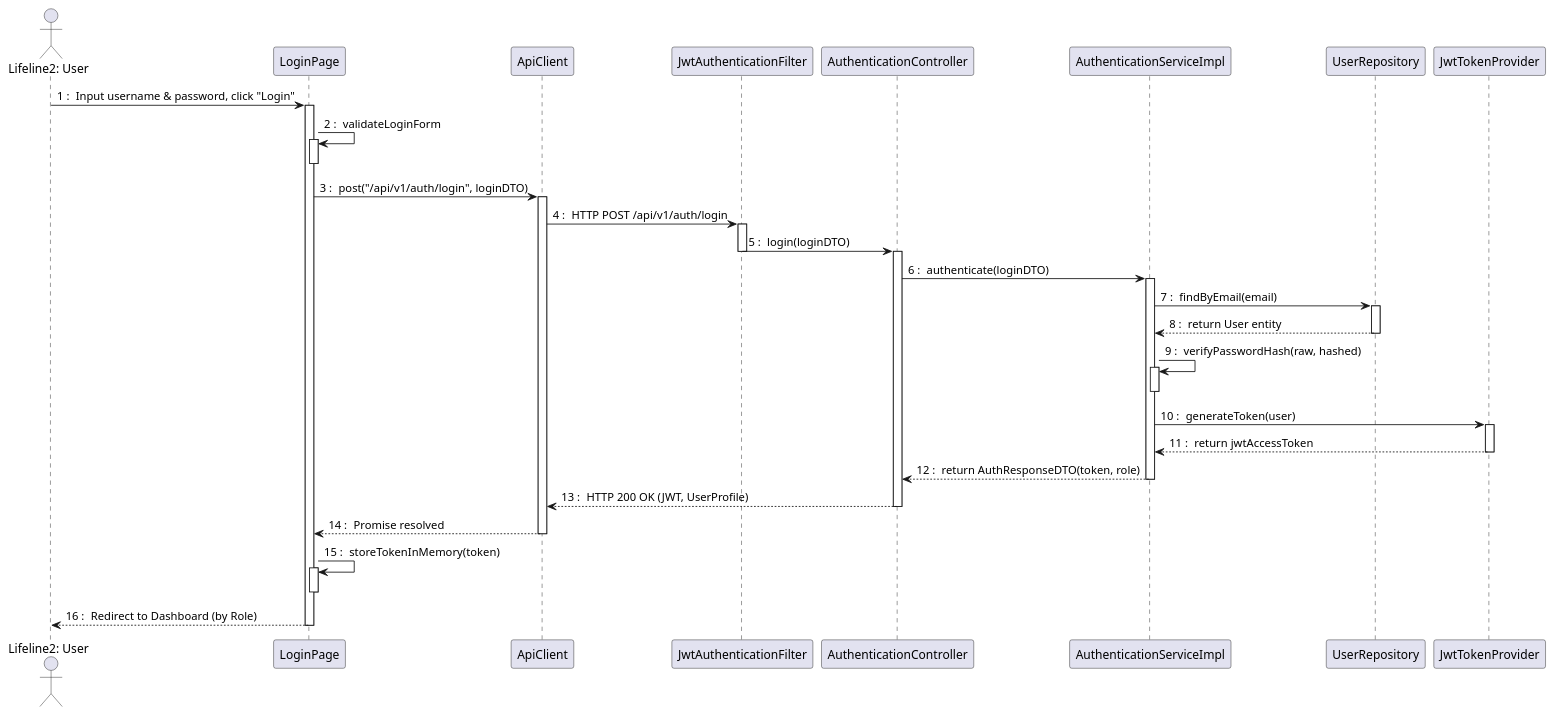
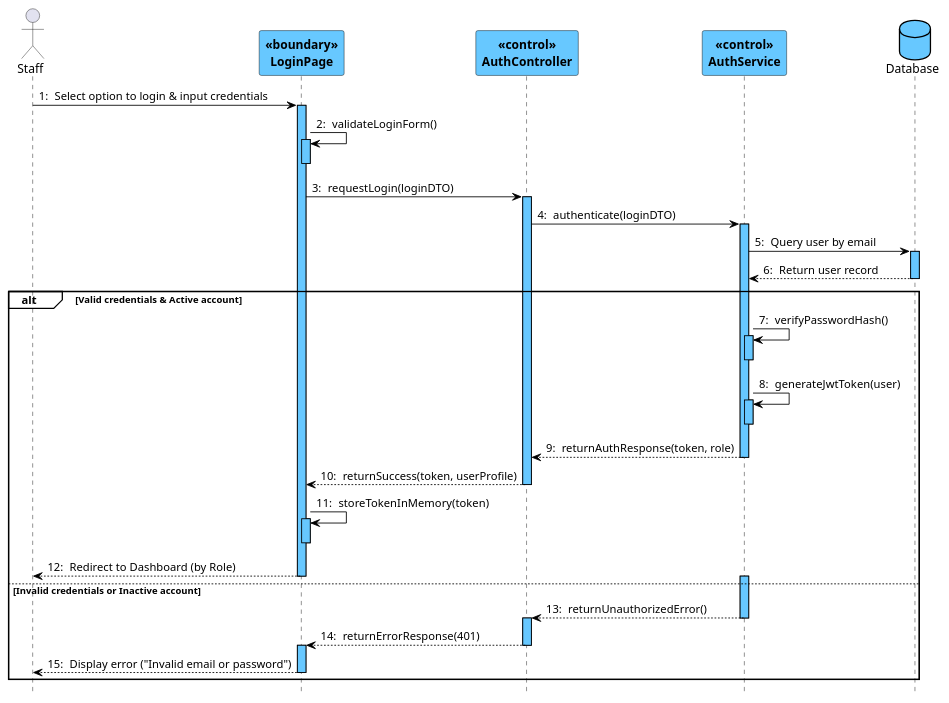
Before and after one commit to hieupeek/sba_doc: the first of 7 diagrams in docs/Class + Sequence/Sequence Diagram(s) (PlantUML).md, drawn with PlantUML. The commit also changed other lines of this file and 23 other files, not shown here.

Commit message:
docs: update class diagrams to association and sequence diagrams to COMET VP style

````diff
--- a/docs/Class + Sequence/Sequence Diagram(s) (PlantUML).md
+++ b/docs/Class + Sequence/Sequence Diagram(s) (PlantUML).md
@@ -10,65 +10,84 @@
 ```plantuml
 @startuml
 skinparam shadowed false
-autonumber 1 "0 : "
+autonumber 1 "0: "
+hide footbox
 
-actor "Lifeline2: User" as User
-participant LoginPage
-participant ApiClient
-participant JwtAuthenticationFilter
-participant AuthenticationController
-participant AuthenticationServiceImpl
-participant UserRepository
-participant JwtTokenProvider
+skinparam participantBackgroundColor #67C8FF
+skinparam participantBorderColor #000000
+skinparam participantFontColor #000000
+skinparam participantFontStyle bold
 
-User -> LoginPage : Input username & password, click "Login"
+skinparam databaseBackgroundColor #67C8FF
+skinparam databaseBorderColor #000000
+skinparam databaseFontColor #000000
+
+skinparam sequenceLifeLineBackgroundColor #67C8FF
+skinparam sequenceLifeLineBorderColor #000000
+skinparam sequenceArrowColor #000000
+
+skinparam SequenceGroupFontColor #000000
+skinparam SequenceGroupFontStyle bold
+skinparam SequenceGroupHeaderFontColor #000000
+skinparam SequenceGroupHeaderFontStyle bold
+skinparam SequenceGroupBorderColor #000000
+skinparam SequenceGroupBackgroundColor transparent
+
+actor Staff
+participant LoginPage <<boundary>>
+participant AuthController <<control>>
+participant AuthService <<control>>
+database Database
+
+Staff -> LoginPage : Select option to login & input credentials
 activate LoginPage
 
-LoginPage -> LoginPage : validateLoginForm
+LoginPage -> LoginPage : validateLoginForm()
 activate LoginPage
 deactivate LoginPage
 
-LoginPage -> ApiClient : post("/api/v1/auth/login", loginDTO)
-activate ApiClient
+LoginPage -> AuthController : requestLogin(loginDTO)
+activate AuthController
 
-ApiClient -> JwtAuthenticationFilter : HTTP POST /api/v1/auth/login
-activate JwtAuthenticationFilter
+AuthController -> AuthService : authenticate(loginDTO)
+activate AuthService
 
-JwtAuthenticationFilter -> AuthenticationController : login(loginDTO)
-deactivate JwtAuthenticationFilter
-activate AuthenticationController
+AuthService -> Database : Query user by email
+activate Database
+Database --> AuthService : Return user record
+deactivate Database
 
-AuthenticationController -> AuthenticationServiceImpl : authenticate(loginDTO)
-activate AuthenticationServiceImpl
+alt Valid credentials & Active account
+    AuthService -> AuthService : verifyPasswordHash()
+    activate AuthService
+    deactivate AuthService
 
-AuthenticationServiceImpl -> UserRepository : findByEmail(email)
-activate UserRepository
-UserRepository --> AuthenticationServiceImpl : return User entity
-deactivate UserRepository
+    AuthService -> AuthService : generateJwtToken(user)
+    activate AuthService
+    deactivate AuthService
 
-AuthenticationServiceImpl -> AuthenticationServiceImpl : verifyPasswordHash(raw, hashed)
-activate AuthenticationServiceImpl
-deactivate AuthenticationServiceImpl
+    AuthService --> AuthController : returnAuthResponse(token, role)
+    deactivate AuthService
 
-AuthenticationServiceImpl -> JwtTokenProvider : generateToken(user)
-activate JwtTokenProvider
-JwtTokenProvider --> AuthenticationServiceImpl : return jwtAccessToken
-deactivate JwtTokenProvider
+    AuthController --> LoginPage : returnSuccess(token, userProfile)
+    deactivate AuthController
 
-AuthenticationServiceImpl --> AuthenticationController : return AuthResponseDTO(token, role)
-deactivate AuthenticationServiceImpl
+    LoginPage -> LoginPage : storeTokenInMemory(token)
+    activate LoginPage
+    deactivate LoginPage
 
-AuthenticationController --> ApiClient : HTTP 200 OK (JWT, UserProfile)
-deactivate AuthenticationController
-
-ApiClient --> LoginPage : Promise resolved
-deactivate ApiClient
-
-LoginPage -> LoginPage : storeTokenInMemory(token)
-activate LoginPage
-deactivate LoginPage
-
-LoginPage --> User : Redirect to Dashboard (by Role)
-deactivate LoginPage
+    LoginPage --> Staff : Redirect to Dashboard (by Role)
+    deactivate LoginPage
+else Invalid credentials or Inactive account
+    activate AuthService
+    AuthService --> AuthController : returnUnauthorizedError()
+    deactivate AuthService
+    activate AuthController
+    AuthController --> LoginPage : returnErrorResponse(401)
+    deactivate AuthController
+    activate LoginPage
+    LoginPage --> Staff : Display error ("Invalid email or password")
+    deactivate LoginPage
+end
 @enduml
 ```
````
